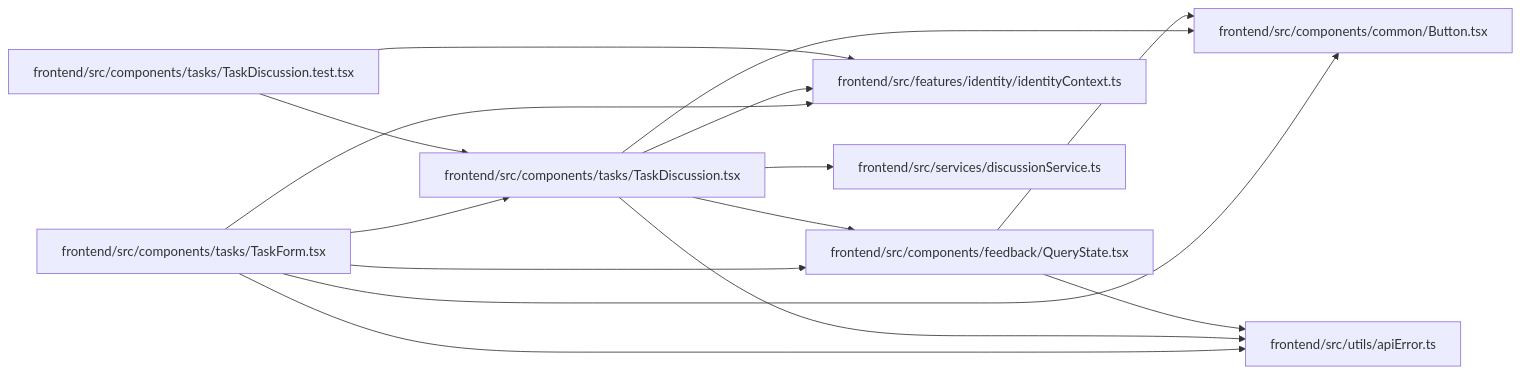
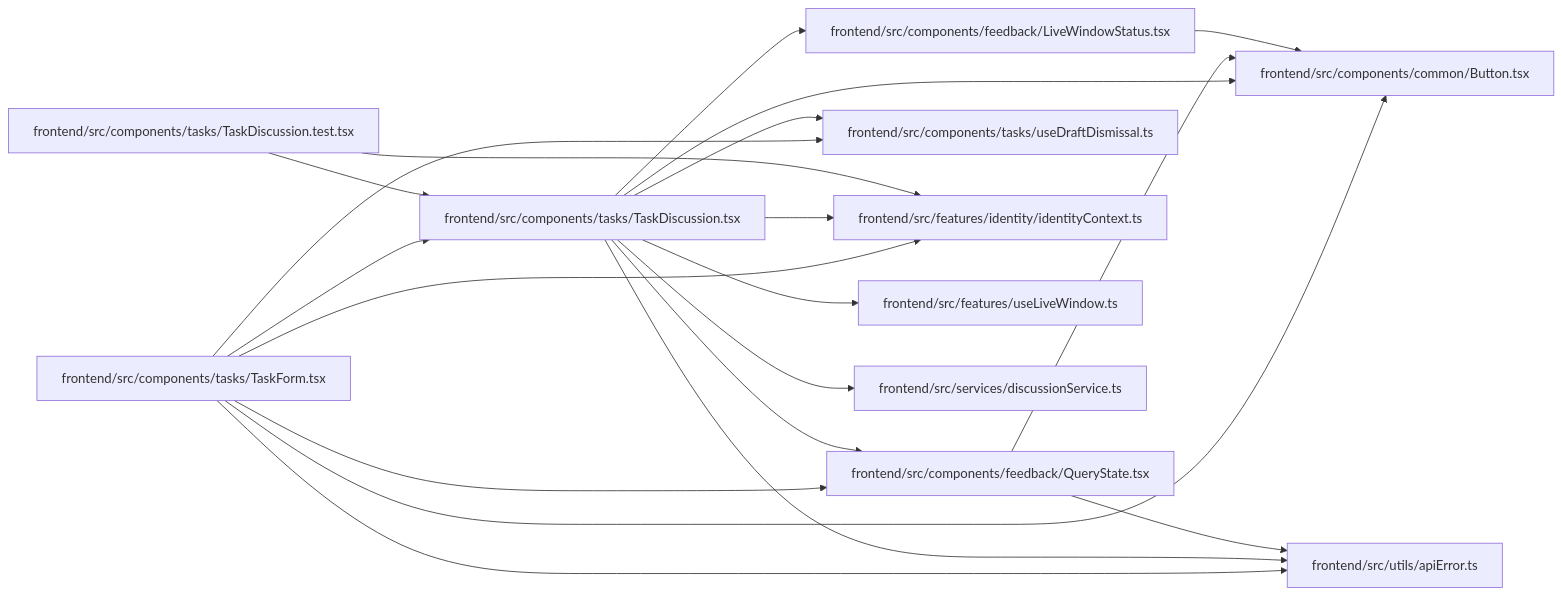
Before and after one commit to Denissvgn/WorkChord: the diagram in docs/llm_wiki/modules/TaskDiscussion.md, drawn with Mermaid. The commit also changed other lines of this file and 10148 other files, not shown here.

````diff
--- a/docs/llm_wiki/modules/TaskDiscussion.md
+++ b/docs/llm_wiki/modules/TaskDiscussion.md
@@ -31,33 +36,44 @@
 ```mermaid
 flowchart LR
     n0["frontend/src/components/common/Button.tsx"]
-    n1["frontend/src/components/feedback/QueryState.tsx"]
-    n2["frontend/src/components/tasks/TaskDiscussion.test.tsx"]
-    n3["frontend/src/components/tasks/TaskDiscussion.tsx"]
-    n4["frontend/src/components/tasks/TaskForm.tsx"]
-    n5["frontend/src/features/identity/identityContext.ts"]
-    n6["frontend/src/services/discussionService.ts"]
-    n7["frontend/src/utils/apiError.ts"]
+    n1["frontend/src/components/feedback/LiveWindowStatus.tsx"]
+    n2["frontend/src/components/feedback/QueryState.tsx"]
+    n3["frontend/src/components/tasks/TaskDiscussion.test.tsx"]
+    n4["frontend/src/components/tasks/TaskDiscussion.tsx"]
+    n5["frontend/src/components/tasks/TaskForm.tsx"]
+    n6["frontend/src/components/tasks/useDraftDismissal.ts"]
+    n7["frontend/src/features/identity/identityContext.ts"]
+    n8["frontend/src/features/useLiveWindow.ts"]
+    n9["frontend/src/services/discussionService.ts"]
+    n10["frontend/src/utils/apiError.ts"]
     n1 --> n0
-    n1 --> n7
-    n2 --> n3
-    n2 --> n5
-    n3 --> n0
-    n3 --> n1
-    n3 --> n5
-    n3 --> n6
+    n2 --> n0
+    n2 --> n10
+    n3 --> n4
     n3 --> n7
     n4 --> n0
     n4 --> n1
-    n4 --> n3
-    n4 --> n5
+    n4 --> n2
+    n4 --> n6
     n4 --> n7
+    n4 --> n8
+    n4 --> n9
+    n4 --> n10
+    n5 --> n0
+    n5 --> n2
+    n5 --> n4
+    n5 --> n6
+    n5 --> n7
+    n5 --> n10
     click n0 "../modules/Button.md"
-    click n1 "../modules/QueryState.md"
-    click n2 "../modules/TaskDiscussion.test.md"
-    click n3 "../modules/TaskDiscussion.md"
-    click n4 "../modules/TaskForm.md"
-    click n5 "../modules/identityContext.md"
-    click n6 "../modules/discussionService.md"
-    click n7 "../modules/apiError.md"
+    click n1 "../modules/LiveWindowStatus.md"
+    click n2 "../modules/QueryState.md"
+    click n3 "../modules/TaskDiscussion.test.md"
+    click n4 "../modules/TaskDiscussion.md"
+    click n5 "../modules/TaskForm.md"
+    click n6 "../modules/useDraftDismissal.md"
+    click n7 "../modules/identityContext.md"
+    click n8 "../modules/useLiveWindow.md"
+    click n9 "../modules/discussionService.md"
+    click n10 "../modules/apiError.md"
 ```
````
